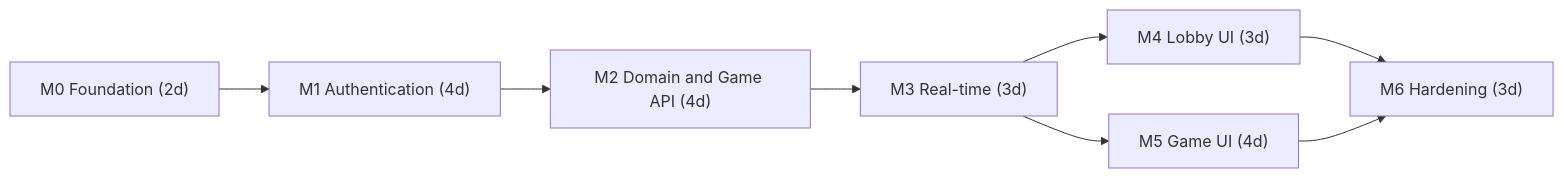
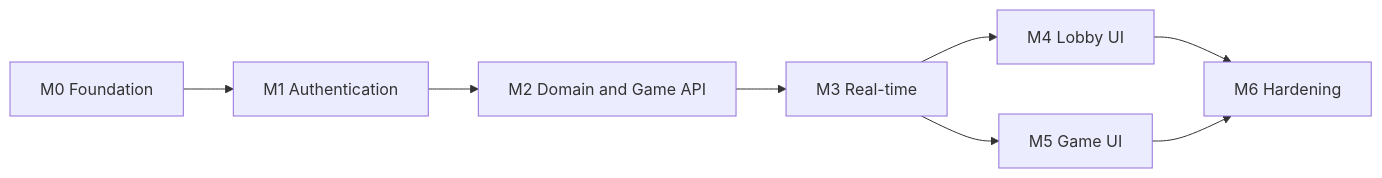
Before and after one commit to Nur-Al-Mumit/tic-tac-toe: the diagram in docs/agents/AGENTS.md, drawn with Mermaid. The commit also changed other lines of this file and 4 other files, not shown here.

Commit message:
docs: drop delivery timeline from roadmap — keep simple milestone-based plan (M0-M6)

````diff
--- a/docs/agents/AGENTS.md
+++ b/docs/agents/AGENTS.md
@@ -74,10 +74,10 @@
 ```mermaid
 flowchart LR
-    M0["M0 Foundation (2d)"] --> M1["M1 Authentication (4d)"]
-    M1 --> M2["M2 Domain and Game API (4d)"]
-    M2 --> M3["M3 Real-time (3d)"]
-    M3 --> M4["M4 Lobby UI (3d)"]
-    M3 --> M5["M5 Game UI (4d)"]
-    M4 --> M6["M6 Hardening (3d)"]
+    M0["M0 Foundation"] --> M1["M1 Authentication"]
+    M1 --> M2["M2 Domain and Game API"]
+    M2 --> M3["M3 Real-time"]
+    M3 --> M4["M4 Lobby UI"]
+    M3 --> M5["M5 Game UI"]
+    M4 --> M6["M6 Hardening"]
     M5 --> M6
 ```
````
